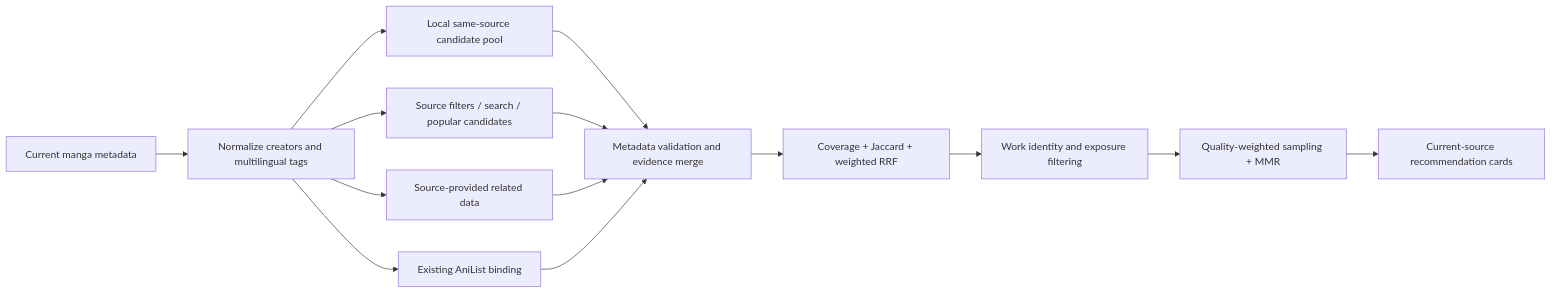
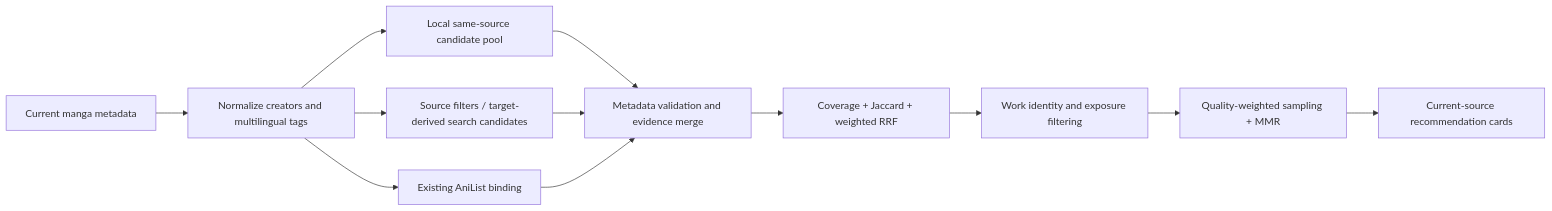
One commit to komichiakebi74-source/mihon-author-recommendation-ver changed the diagram in README.md. Above: the diagram before and after it, drawn with Mermaid. The commit also changed other lines of this file and 36 other files, not shown here.

````diff
--- a/README.md
+++ b/README.md
@@ -75,16 +109,14 @@
 ```mermaid
 flowchart LR
     A["Current manga metadata"] --> B["Normalize creators and multilingual tags"]
     B --> C["Local same-source candidate pool"]
-    B --> D["Source filters / search / popular candidates"]
-    B --> E["Source-provided related data"]
+    B --> D["Source filters / target-derived search candidates"]
     B --> F["Existing AniList binding"]
     C --> G["Metadata validation and evidence merge"]
     D --> G
-    E --> G
     F --> G
     G --> H["Coverage + Jaccard + weighted RRF"]
     H --> I["Work identity and exposure filtering"]
     I --> J["Quality-weighted sampling + MMR"]
     J --> K["Current-source recommendation cards"]
 ```
````
